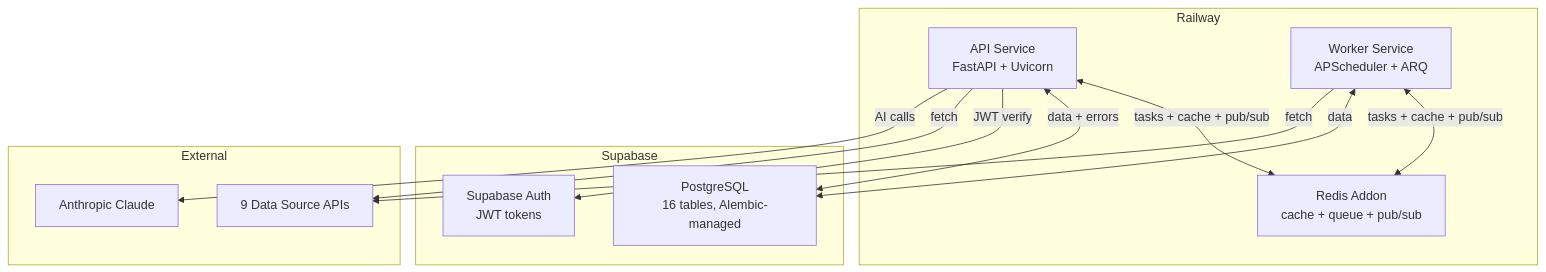
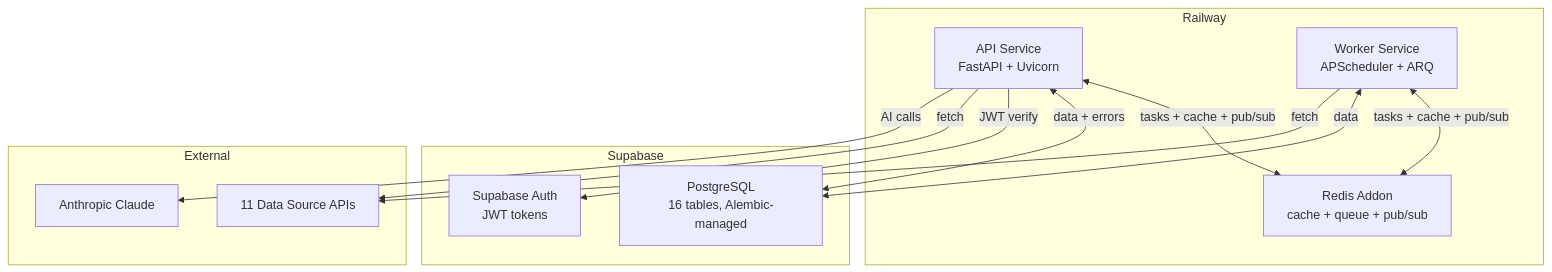
One commit to Dharit13/QuantPulse changed the third of 3 diagrams in README.md. Above: the diagram before and after it, drawn with Mermaid. The commit also changed other lines of this file, not shown here.

First line of the commit message:
Update README with overnight scanner, scorecard, and new data sources

````diff
--- a/README.md
+++ b/README.md
@@ -343,27 +371,27 @@
 ```mermaid
 graph TB
     subgraph railway ["Railway"]
         APIService["API Service<br/>FastAPI + Uvicorn"]
         WorkerService["Worker Service<br/>APScheduler + ARQ"]
         RedisAddon["Redis Addon<br/>cache + queue + pub/sub"]
     end
 
     subgraph supabase ["Supabase"]
         PostgreSQL["PostgreSQL<br/>16 tables, Alembic-managed"]
         Auth["Supabase Auth<br/>JWT tokens"]
     end
 
     subgraph external ["External"]
-        DataAPIs["9 Data Source APIs"]
+        DataAPIs["11 Data Source APIs"]
         Claude["Anthropic Claude"]
     end
 
     APIService <-->|"tasks + cache + pub/sub"| RedisAddon
     WorkerService <-->|"tasks + cache + pub/sub"| RedisAddon
     APIService <-->|"data + errors"| PostgreSQL
     WorkerService <-->|"data"| PostgreSQL
     APIService -->|"JWT verify"| Auth
     WorkerService -->|"fetch"| DataAPIs
     APIService -->|"fetch"| DataAPIs
     APIService -->|"AI calls"| Claude
 ```
````
